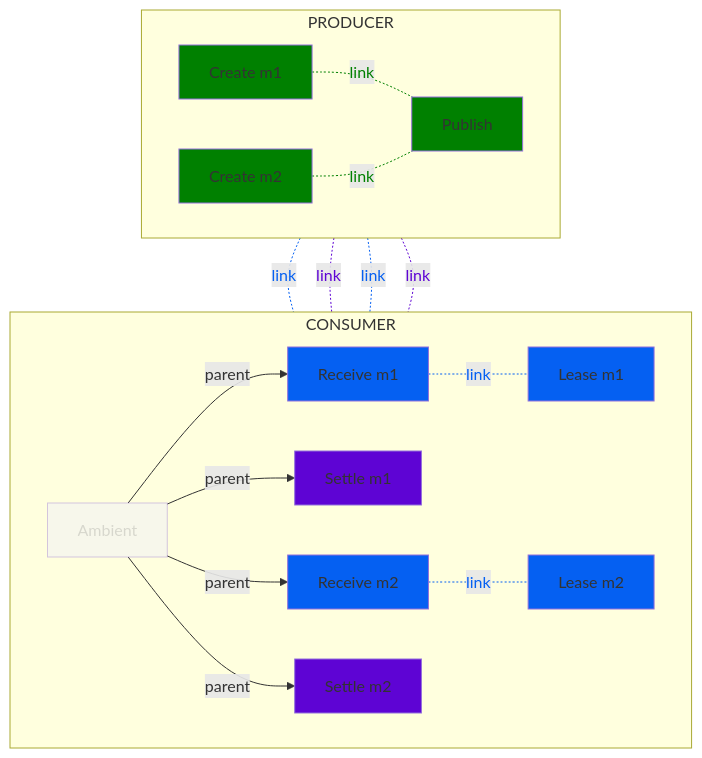
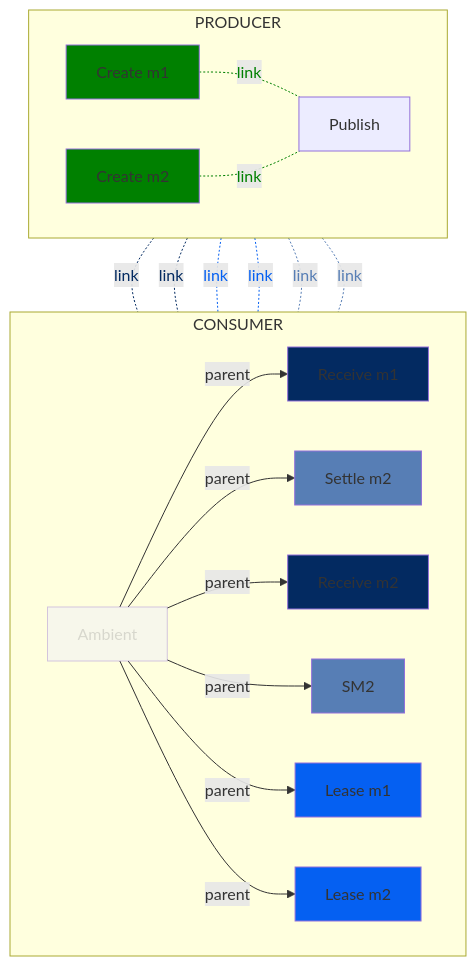
Before and after one commit to alevenberg/semantic-conventions: the second of 3 diagrams in docs/messaging/gcp-pubsub.md, drawn with Mermaid. The commit also changed other lines of this file, not shown here.

Commit message:
fix 2 message

````diff
--- a/docs/messaging/gcp-pubsub.md
+++ b/docs/messaging/gcp-pubsub.md
@@ -79,48 +79,70 @@
 ```mermaid
 flowchart TD;
   subgraph CONSUMER
   direction LR
-   %% Link 0 
-   A[Ambient]-- parent -->RM1[Receive m1]
+    A[Ambient]
+  RM1[Receive m1]
+  SM1[Settle m1]
+  LM1[Lease m1]
+   RM2[Receive m2]
+  SM1[Settle m2]
+  LM2[Lease m2]  
+  %% Link 0 
+   A-- parent -->RM1
   %% Link 1
-   A-- parent -->SM1[Settle m1]
+   A-- parent -->SM1
    %% Link 2 
-   A[Ambient]-- parent -->RM2[Receive m2]
+   A-- parent -->RM2
    %% Link 3 
-  A-- parent -->SM2[Settle m2]
-    %% Link 4 
- RM1-. link .-LM1[Lease m1];
-    %% Link 5 
- RM2-. link .-LM2[Lease m2];
+  A-- parent -->SM2
+     %% Link 4
+   A-- parent -->LM1
+   %% Link 5
+  A-- parent -->LM2
+
   end
   subgraph PRODUCER
   direction LR
   CM1[Create m1]
   CM2[Create m2]
   P[Publish]
   end
    %% Link 6 
 CM1-. link .-P;
    %% Link 7 
   CM2-. link .-P;
     %% Link 8 
  CM1-. link .-RM1;
-    %% Link 9 
+    %% Link 9
+ CM2-. link .-RM2;
+       %% Link 10
+ CM1-. link .-LM1
+    %% Link 11
+ CM2-. link .-LM2
+     %% Link 12
  CM1-. link .-SM1;
-    %% Link 10 
- CM2-. link .-RM2;
-   %% Link 11
+   %% Link 13
   CM2-. link .-SM2;
-  
-  classDef ack fill:#5e04d4
+
+  %% Style the node and corresponding link
+  %% Producer links and nodes
+  classDef producer fill:green
+  class PM1,CM1,PM2,CM2 producer
+  linkStyle 7,6 color:green,stroke:green
+
+  %% Consumer links and nodes
+  classDef consumer fill:#032a61
+  class RM1,RM2 consumer
+  linkStyle 8,9 color:#032a61,stroke:#032a61
+
+  classDef lease fill:#0560f2
+  class LM1,LM2 lease
+  linkStyle 10,11 color:#0560f2,stroke:#0560f2
+
+  classDef ack fill:#577eb5
   class SM1,SM2 ack
-  classDef consumer fill:#0560f2
-  class RM1,RM2,LM1,LM2 consumer
-  classDef producer fill:green
-  class P,CM1,CM2 producer
+  linkStyle 12,13 color:#577eb5,stroke:#577eb5
+
   classDef additional opacity:0.4
   class A additional
-  linkStyle 7,6 color:green,stroke:green
-  linkStyle 11,9 color:#5e04d4,stroke:#5e04d4
-  linkStyle 4,5,8,10 color:#0560f2,stroke:#0560f2
 ```
````
